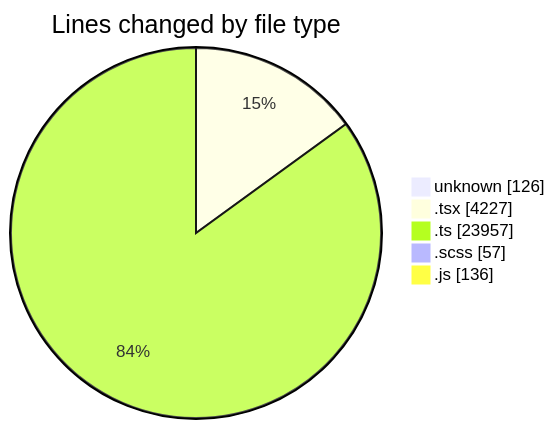
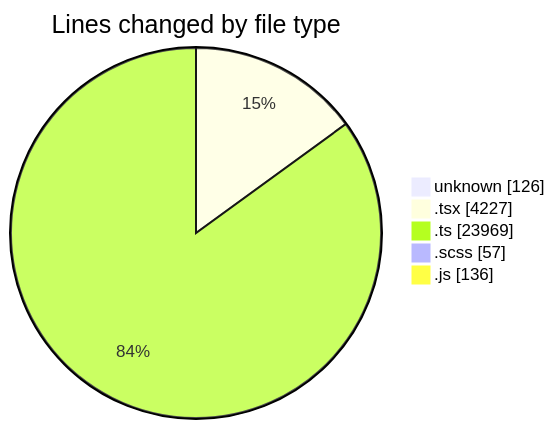
The first of 2 diagrams in 2026-09-23/cda/README.md (momahboobian/code-tracking), drawn with Mermaid before and after one commit. The commit also changed other lines of this file and 1 other file, not shown here.

````diff
--- a/2026-09-23/cda/README.md
+++ b/2026-09-23/cda/README.md
@@ -52,9 +52,9 @@
 ```mermaid
 pie showData
 title Lines changed by file type
 "unknown" : 126
 ".tsx" : 4227
-".ts" : 23957
+".ts" : 23969
 ".scss" : 57
 ".js" : 136
 ```
````
